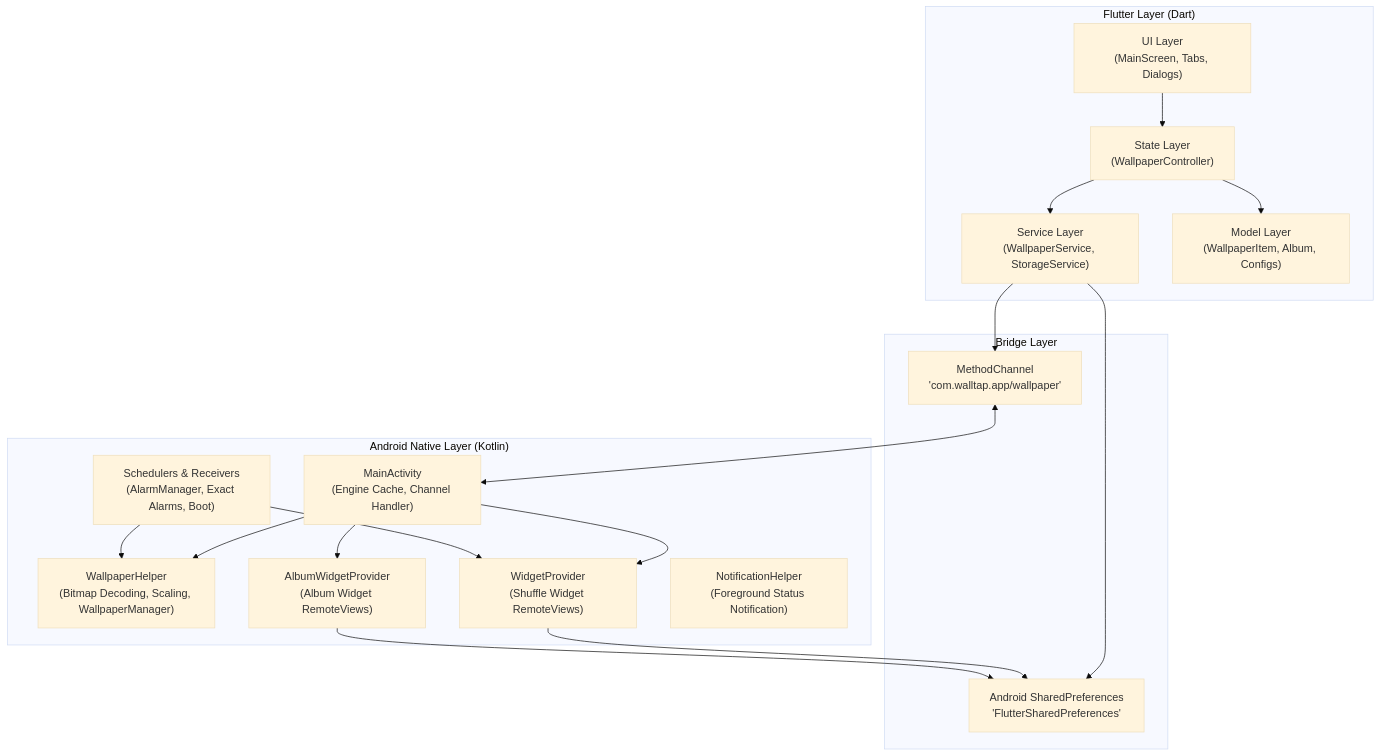
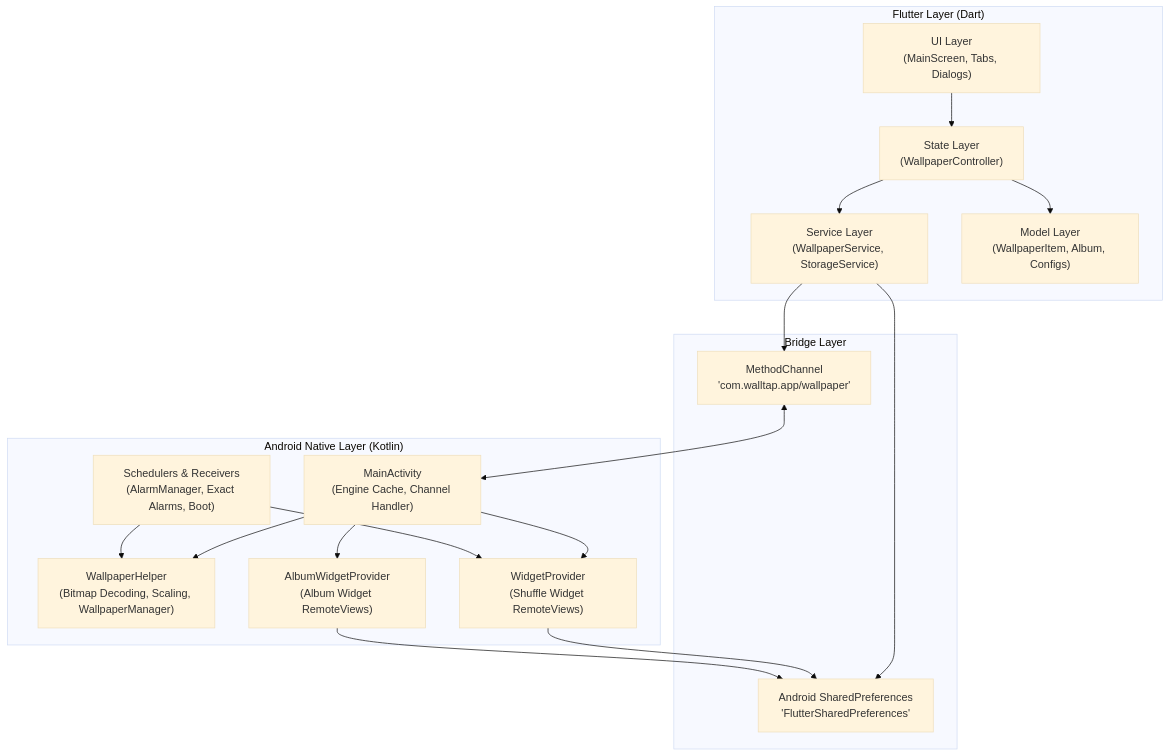
The first of 3 diagrams in docs/01-architecture.md (zavierferodova/Wall-Tap), drawn with Mermaid (base theme) before and after one commit. The commit also changed other lines of this file and 56 other files, not shown here.

````diff
--- a/docs/01-architecture.md
+++ b/docs/01-architecture.md
@@ -11,37 +11,36 @@
 ```mermaid
 graph TD
     subgraph "Flutter Layer (Dart)"
         UI["UI Layer<br/>(MainScreen, Tabs, Dialogs)"]
         Controller["State Layer<br/>(WallpaperController)"]
         Services["Service Layer<br/>(WallpaperService, StorageService)"]
         Models["Model Layer<br/>(WallpaperItem, Album, Configs)"]
     end
 
     subgraph "Bridge Layer"
         MethodChannel["MethodChannel<br/>'com.walltap.app/wallpaper'"]
         SharedPrefs["Android SharedPreferences<br/>'FlutterSharedPreferences'"]
     end
 
     subgraph "Android Native Layer (Kotlin)"
         MainActivity["MainActivity<br/>(Engine Cache, Channel Handler)"]
         WallpaperHelper["WallpaperHelper<br/>(Bitmap Decoding, Scaling, WallpaperManager)"]
         WidgetProvider["WidgetProvider<br/>(Shuffle Widget RemoteViews)"]
         AlbumWidgetProvider["AlbumWidgetProvider<br/>(Album Widget RemoteViews)"]
         Schedulers["Schedulers & Receivers<br/>(AlarmManager, Exact Alarms, Boot)"]
-        NotificationHelper["NotificationHelper<br/>(Foreground Status Notification)"]
     end
 
     UI --> Controller
     Controller --> Services
     Controller --> Models
     Services --> MethodChannel
     Services --> SharedPrefs
     MethodChannel <--> MainActivity
     MainActivity --> WallpaperHelper
     MainActivity --> WidgetProvider
     MainActivity --> AlbumWidgetProvider
     Schedulers --> WallpaperHelper
     Schedulers --> WidgetProvider
     WidgetProvider --> SharedPrefs
     AlbumWidgetProvider --> SharedPrefs
 ```
````
